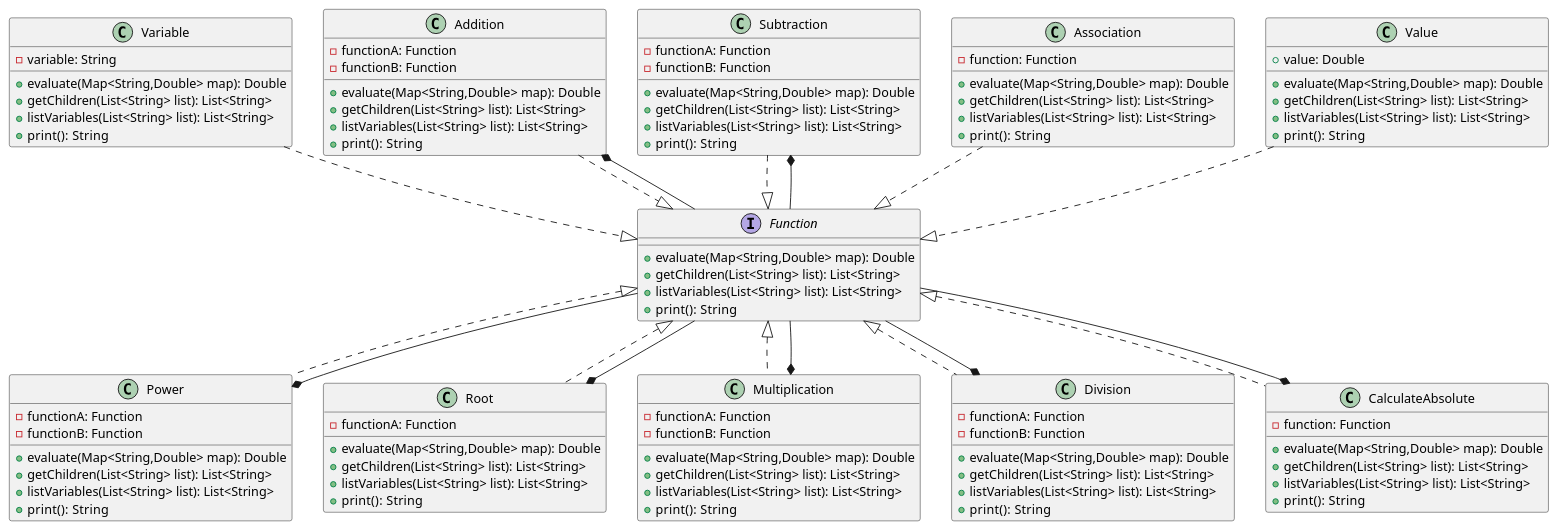
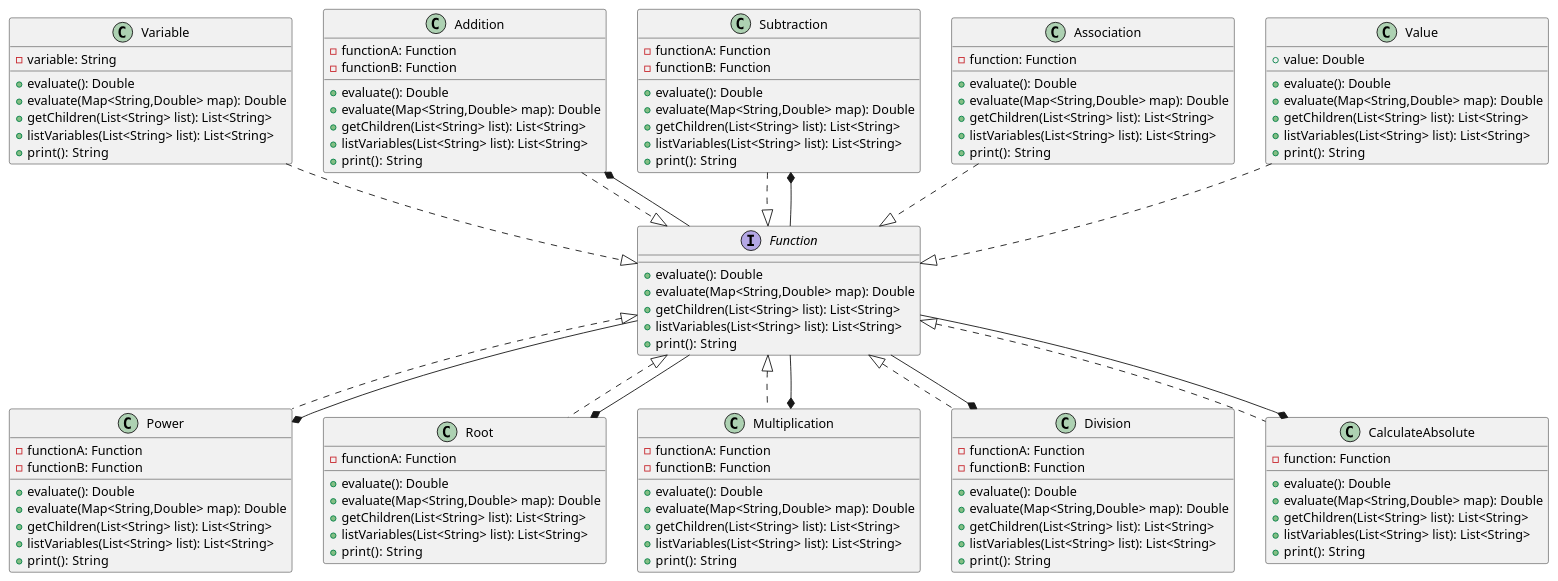
One commit to JulianRecio/formula changed the diagram in diagrams/compositeFunction.puml. Above: the diagram before and after it, drawn with PlantUML. The commit also changed 23 other files, not shown here.

```diff
--- a/diagrams/compositeFunction.puml
+++ b/diagrams/compositeFunction.puml
@@ -1,124 +1,135 @@
 @startuml
 
 interface Function{
+    +evaluate(): Double
     +evaluate(Map<String,Double> map): Double
     +getChildren(List<String> list): List<String>
     +listVariables(List<String> list): List<String>
     +print():  String
 }
 
 class Variable{
     -variable: String
+    +evaluate(): Double
     +evaluate(Map<String,Double> map): Double
     +getChildren(List<String> list): List<String>
     +listVariables(List<String> list): List<String>
     +print():  String
 }
 
 class Power{
     -functionA: Function
     -functionB: Function
+    +evaluate(): Double
     +evaluate(Map<String,Double> map): Double
     +getChildren(List<String> list): List<String>
     +listVariables(List<String> list): List<String>
     +print():  String
 }
 
 class Root{
     -functionA: Function
+    +evaluate(): Double
     +evaluate(Map<String,Double> map): Double
     +getChildren(List<String> list): List<String>
     +listVariables(List<String> list): List<String>
     +print():  String
 }
 
 class Multiplication{
     -functionA: Function
     -functionB: Function
+    +evaluate(): Double
     +evaluate(Map<String,Double> map): Double
     +getChildren(List<String> list): List<String>
     +listVariables(List<String> list): List<String>
     +print():  String
 }
 
 class Division{
     -functionA: Function
     -functionB: Function
+    +evaluate(): Double
     +evaluate(Map<String,Double> map): Double
     +getChildren(List<String> list): List<String>
     +listVariables(List<String> list): List<String>
     +print():  String
 }
 
 class Addition{
     -functionA: Function
     -functionB: Function
+    +evaluate(): Double
     +evaluate(Map<String,Double> map): Double
     +getChildren(List<String> list): List<String>
     +listVariables(List<String> list): List<String>
     +print():  String
 }
 
 class Subtraction{
     -functionA: Function
     -functionB: Function
+    +evaluate(): Double
     +evaluate(Map<String,Double> map): Double
     +getChildren(List<String> list): List<String>
     +listVariables(List<String> list): List<String>
     +print():  String
 }
 
 class CalculateAbsolute{
     -function: Function
+    +evaluate(): Double
     +evaluate(Map<String,Double> map): Double
     +getChildren(List<String> list): List<String>
     +listVariables(List<String> list): List<String>
     +print():  String
 }
 
 class Association{
     -function: Function
+    +evaluate(): Double
     +evaluate(Map<String,Double> map): Double
     +getChildren(List<String> list): List<String>
     +listVariables(List<String> list): List<String>
     +print():  String
 }
 
 class Value{
     +value: Double
+    +evaluate(): Double
     +evaluate(Map<String,Double> map): Double
     +getChildren(List<String> list): List<String>
     +listVariables(List<String> list): List<String>
     +print():  String
 }
 
 
 
 CalculateAbsolute .u.|> Function
 Power .u.|> Function
 Root .u.|> Function
 Multiplication .u.|> Function
 Division .u.|> Function
 Addition ..|> Function
 Subtraction ..|> Function
 Variable ..|> Function
 Value ..|> Function
 Association ..|> Function
 CalculateAbsolute *-- Function
 Power *-- Function
 Root *-- Function
 Multiplication *-- Function
 Division *-- Function
 Addition *-- Function
 Subtraction *-- Function
 
 
 /'
     --|> herencia
     *-- composición
     o-- agregación
     --> asosiación
     ..> dependencia
     <|.. realización/implementación
 '/
 @enduml
```
